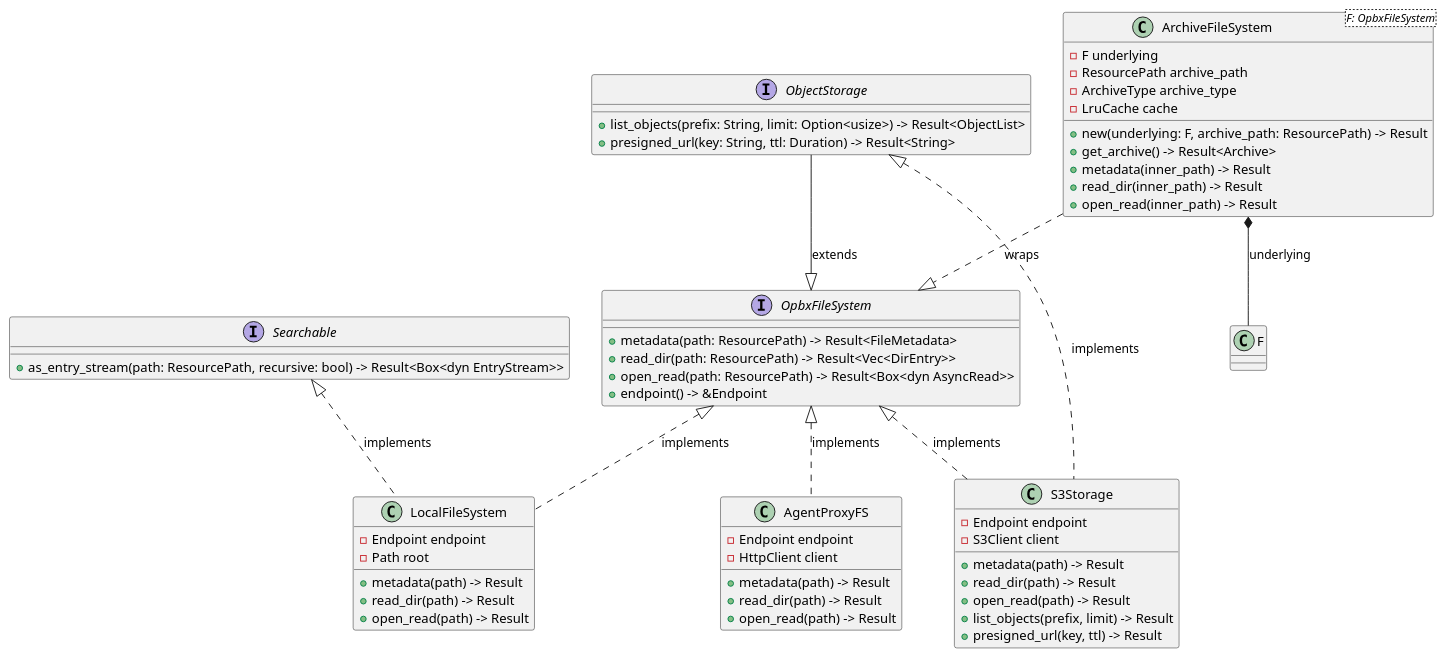
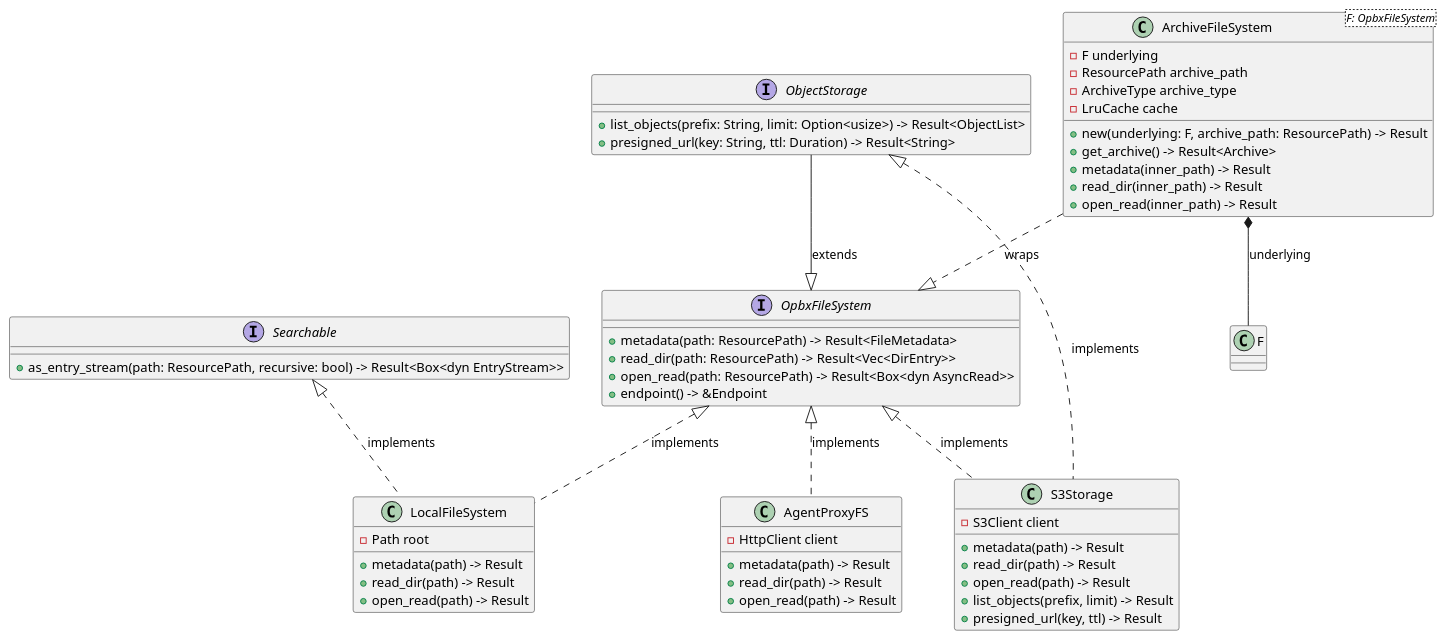
The second of 5 diagrams in backend/opsbox-core/docs/dfs-complete-design.md (codelder/opsbox), drawn with PlantUML before and after one commit. The commit also changed other lines of this file, not shown here.

````diff
--- a/backend/opsbox-core/docs/dfs-complete-design.md
+++ b/backend/opsbox-core/docs/dfs-complete-design.md
@@ -1059,72 +1203,69 @@
 ```plantuml
 @startuml OpbxFileSystem Interface Hierarchy
 
 interface OpbxFileSystem {
     + metadata(path: ResourcePath) -> Result<FileMetadata>
     + read_dir(path: ResourcePath) -> Result<Vec<DirEntry>>
     + open_read(path: ResourcePath) -> Result<Box<dyn AsyncRead>>
     + endpoint() -> &Endpoint
 }
 
 interface ObjectStorage {
     ' 继承 OpbxFileSystem
     + list_objects(prefix: String, limit: Option<usize>) -> Result<ObjectList>
     + presigned_url(key: String, ttl: Duration) -> Result<String>
 }
 
 interface Searchable {
     + as_entry_stream(path: ResourcePath, recursive: bool) -> Result<Box<dyn EntryStream>>
 }
 
 ' 具体实现
 class LocalFileSystem {
-    - Endpoint endpoint
     - Path root
     + metadata(path) -> Result
     + read_dir(path) -> Result
     + open_read(path) -> Result
 }
 
 class S3Storage {
-    - Endpoint endpoint
     - S3Client client
     + metadata(path) -> Result
     + read_dir(path) -> Result
     + open_read(path) -> Result
     + list_objects(prefix, limit) -> Result
     + presigned_url(key, ttl) -> Result
 }
 
 class AgentProxyFS {
-    - Endpoint endpoint
     - HttpClient client
     + metadata(path) -> Result
     + read_dir(path) -> Result
     + open_read(path) -> Result
 }
 
 class ArchiveFileSystem<F: OpbxFileSystem> {
     - F underlying
     - ResourcePath archive_path
     - ArchiveType archive_type
     - LruCache cache
     + new(underlying: F, archive_path: ResourcePath) -> Result
     + get_archive() -> Result<Archive>
     + metadata(inner_path) -> Result
     + read_dir(inner_path) -> Result
     + open_read(inner_path) -> Result
 }
 
 ' 关系
 OpbxFileSystem <|.. LocalFileSystem : implements
 OpbxFileSystem <|.. AgentProxyFS : implements
 OpbxFileSystem <|.. S3Storage : implements
 ObjectStorage --|> OpbxFileSystem : extends
 ObjectStorage <|.. S3Storage : implements
 Searchable <|.. LocalFileSystem : implements
 
 ArchiveFileSystem ..|> OpbxFileSystem : wraps
 ArchiveFileSystem *-- F : underlying
 
 @enduml
 ```
````
